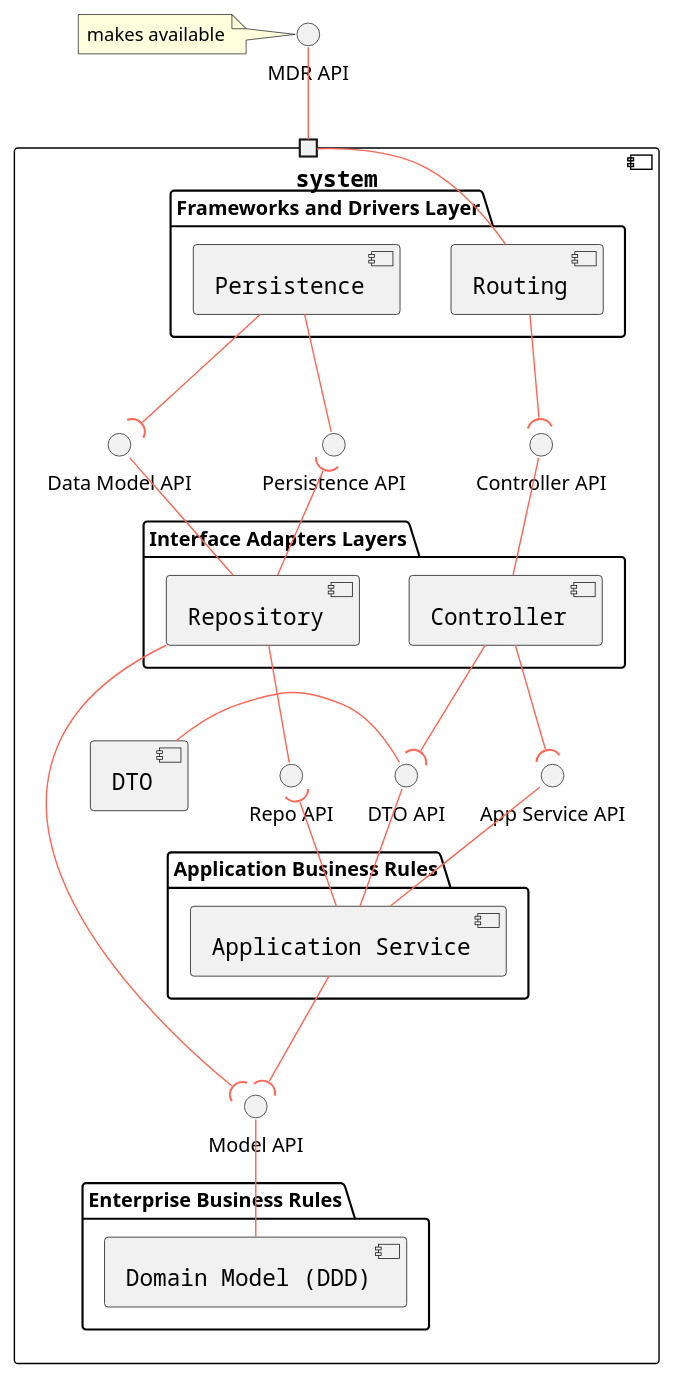
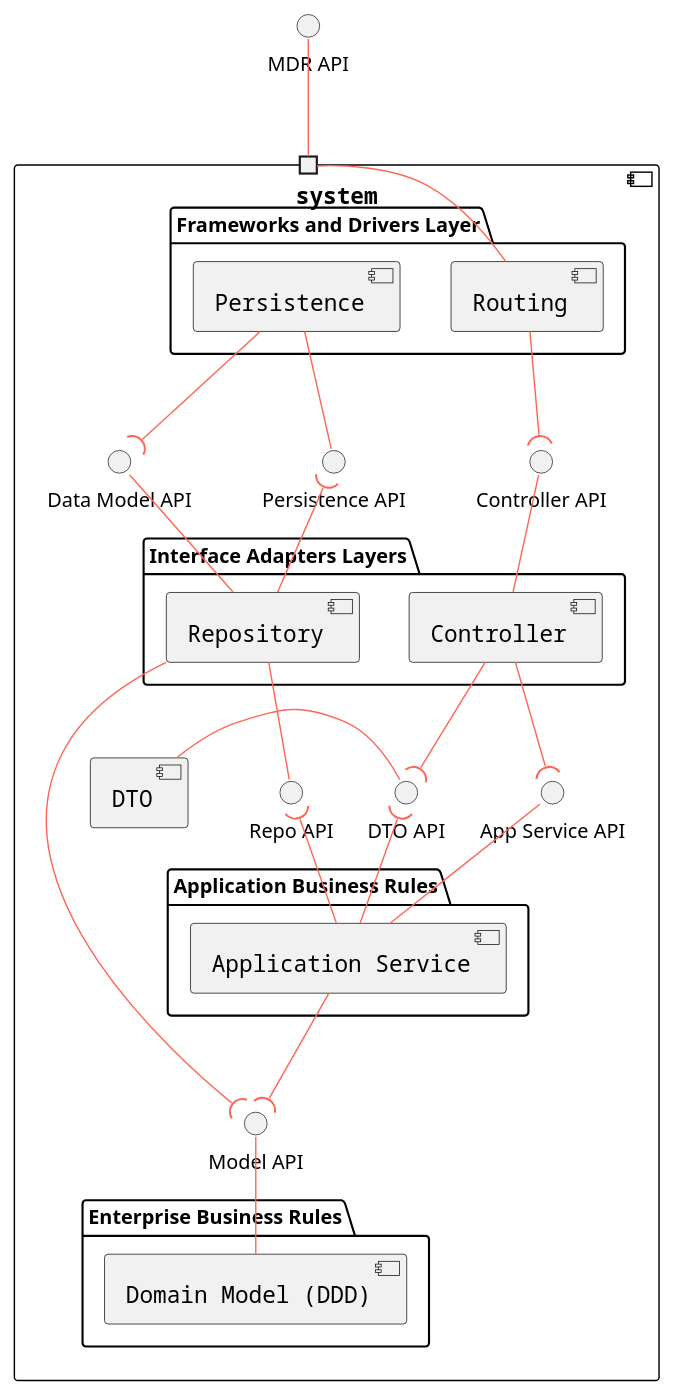
Before and after one commit to Departamento-de-Engenharia-Informatica/lapr5-23-24-g19: the diagram in docs/general-purpose/level3/logical-view.puml, drawn with PlantUML. The commit also changed 6 other files, not shown here.

```diff
--- a/docs/general-purpose/level3/logical-view.puml
+++ b/docs/general-purpose/level3/logical-view.puml
@@ -1,64 +1,63 @@
 @startuml
 
 skinparam component {
     FontSize 16
     BackgroundColor<<Apache>> LightCoral
     BorderColor<<Apache>> #FF6655
     FontName Courier
     BorderColor black
     ArrowFontName Impact
     ArrowColor #FF6655
     ArrowFontColor #777777
 }
 
 
 component system {
     package "Frameworks and Drivers Layer" {
         [Routing]
         [Persistence]
     }
 
     package "Interface Adapters Layers" {
         [Controller]
         [Repository]
     }
 
     package "Application Business Rules" {
         [Application Service]
     }
 
     package "Enterprise Business Rules" {
         [Domain Model (DDD)]
     }
 
     portin " " as port1
 
     [Routing] -- port1
     [Persistence] --( "Data Model API"
     [Persistence] -- "Persistence API"
 
     [Controller] -up- "Controller API"
     [Routing] -down-( "Controller API"
 
     [Repository] -up- "Data Model API"
     [Repository] -up-( "Persistence API"
 
     [Controller] -down-( "App Service API"
     [Controller] -down-( "DTO API"
 
     "DTO API" -left- [DTO]
 
     [Application Service] -up- "App Service API"
-    [Application Service] -up- "DTO API"
+    [Application Service] -up-( "DTO API"
     [Repository] -- "Repo API"
     [Application Service] -up-( "Repo API"
 
     [Repository] -down-( "Model API"
     [Application Service] --( "Model API"
     [Domain Model (DDD)] -up- "Model API"
 
 }
 "MDR API" -- port1
-note left: makes available
 
 @enduml
```
